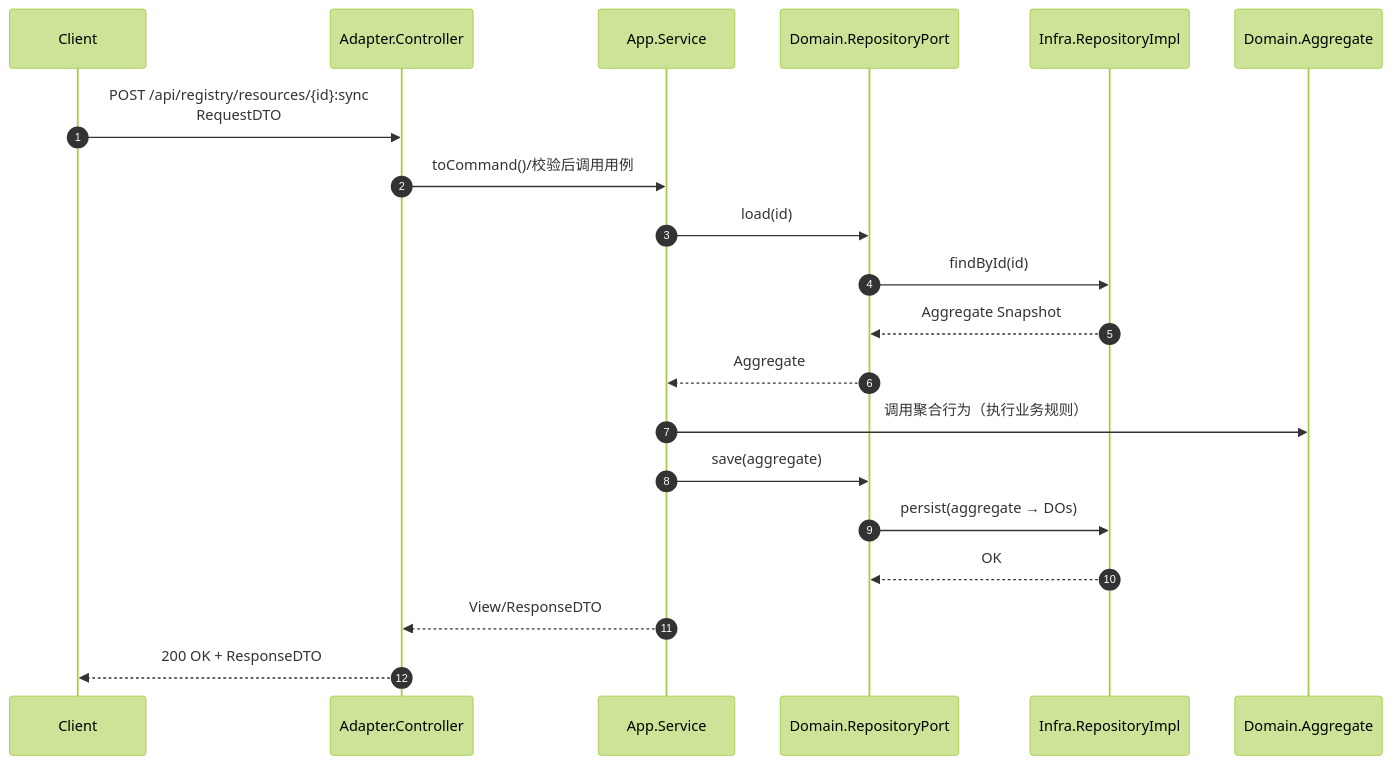
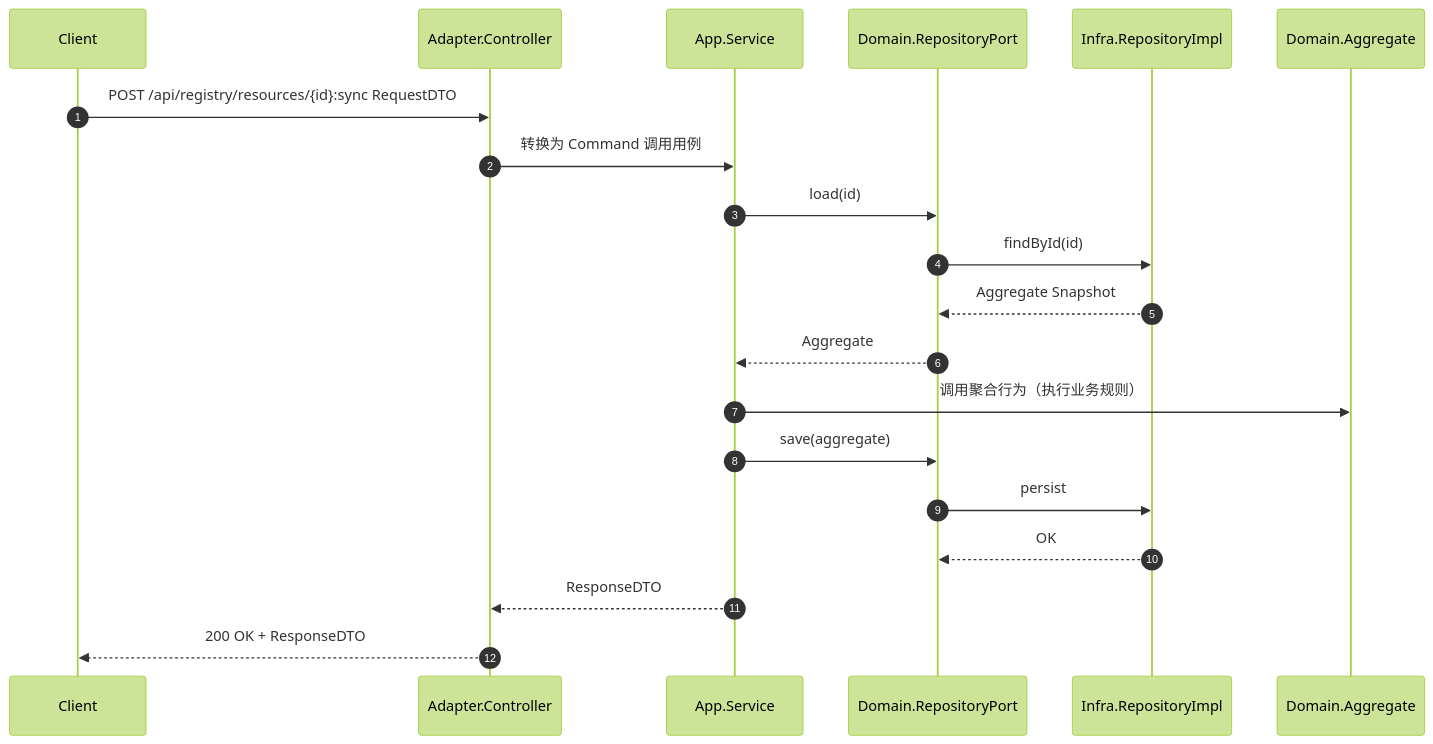
The second of 4 diagrams in patra-api/patra-registry/readme.md (linqibin0826/patra), drawn with Mermaid (forest theme) before and after one commit. The commit also changed other lines of this file and 92 other files, not shown here.

````diff
--- a/patra-api/patra-registry/readme.md
+++ b/patra-api/patra-registry/readme.md
@@ -296,23 +269,23 @@
 ```mermaid
 sequenceDiagram
   autonumber
   participant C as Client
   participant AC as Adapter.Controller
   participant AS as App.Service
   participant RP as Domain.RepositoryPort
   participant IR as Infra.RepositoryImpl
   participant AG as Domain.Aggregate
 
-  C->>AC: POST /api/registry/resources/{id}:sync<br/>RequestDTO
-  AC->>AS: toCommand()/校验后调用用例
+  C->>AC: POST /api/registry/resources/{id}:sync RequestDTO
+  AC->>AS: 转换为 Command 调用用例
   AS->>RP: load(id)
   RP->>IR: findById(id)
   IR-->>RP: Aggregate Snapshot
   RP-->>AS: Aggregate
   AS->>AG: 调用聚合行为（执行业务规则）
   AS->>RP: save(aggregate)
-  RP->>IR: persist(aggregate → DOs)
+  RP->>IR: persist
   IR-->>RP: OK
-  AS-->>AC: View/ResponseDTO
+  AS-->>AC: ResponseDTO
   AC-->>C: 200 OK + ResponseDTO
 ```
````
